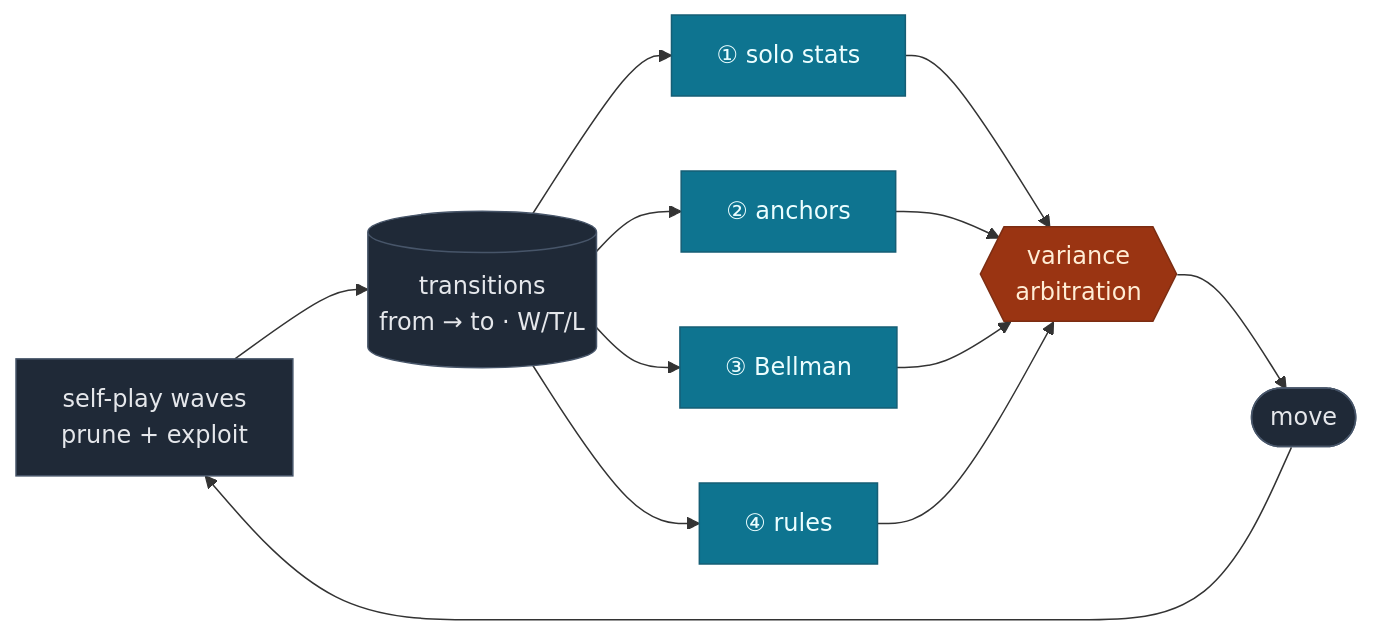
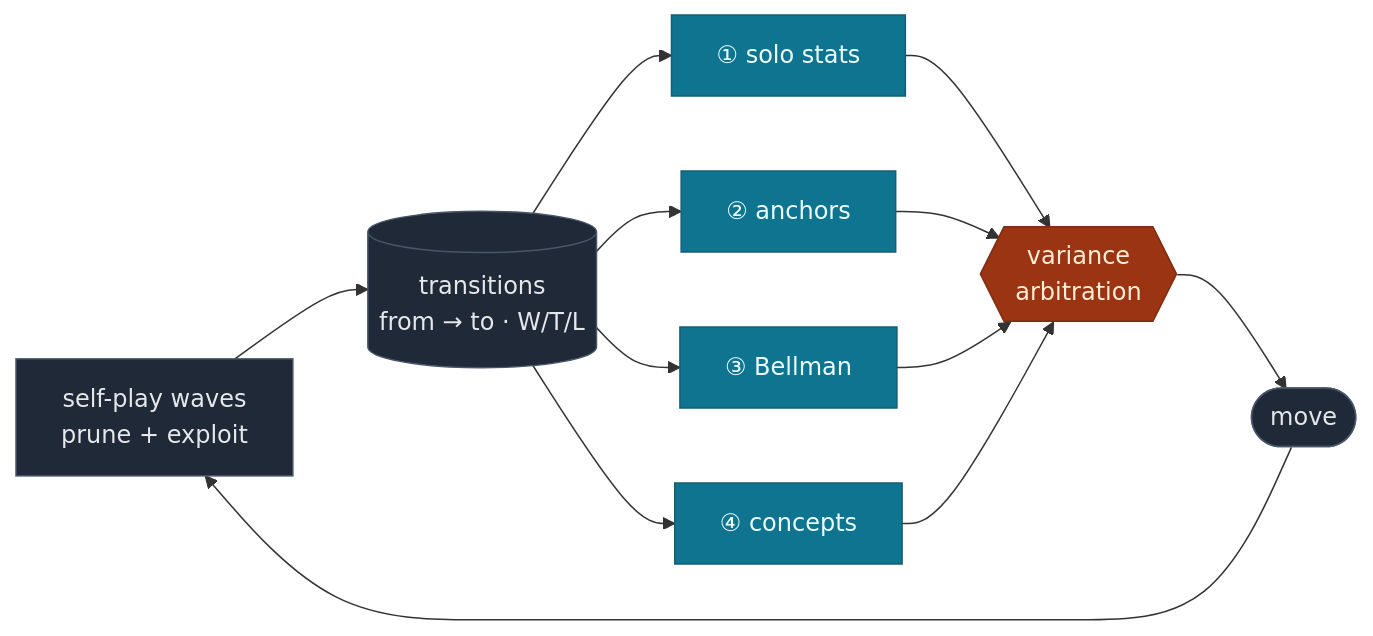
The first of 5 diagrams in README.md (MatheweB/WiseExplorer), drawn with Mermaid before and after one commit. The commit also changed other lines of this file and 20 other files, not shown here.

````diff
--- a/README.md
+++ b/README.md
@@ -50,20 +65,20 @@
 ```mermaid
 flowchart LR
     classDef src fill:#1f2937,stroke:#475569,color:#e5e7eb
     classDef sig fill:#0e7490,stroke:#155e75,color:#ecfeff
     classDef arb fill:#9a3412,stroke:#7c2d12,color:#ffedd5
     SP["self-play waves<br/>prune + exploit"] --> T[("transitions<br/>from → to · W/T/L")]
     T --> S1["① solo stats"]
     T --> S2["② anchors"]
     T --> S3["③ Bellman"]
-    T --> S4["④ rules"]
+    T --> S4["④ concepts"]
     S1 --> V{{"variance<br/>arbitration"}}
     S2 --> V
     S3 --> V
     S4 --> V
     V --> M(["move"])
     M --> SP
     class SP,T,M src
     class S1,S2,S3,S4 sig
     class V arb
 ```
````
